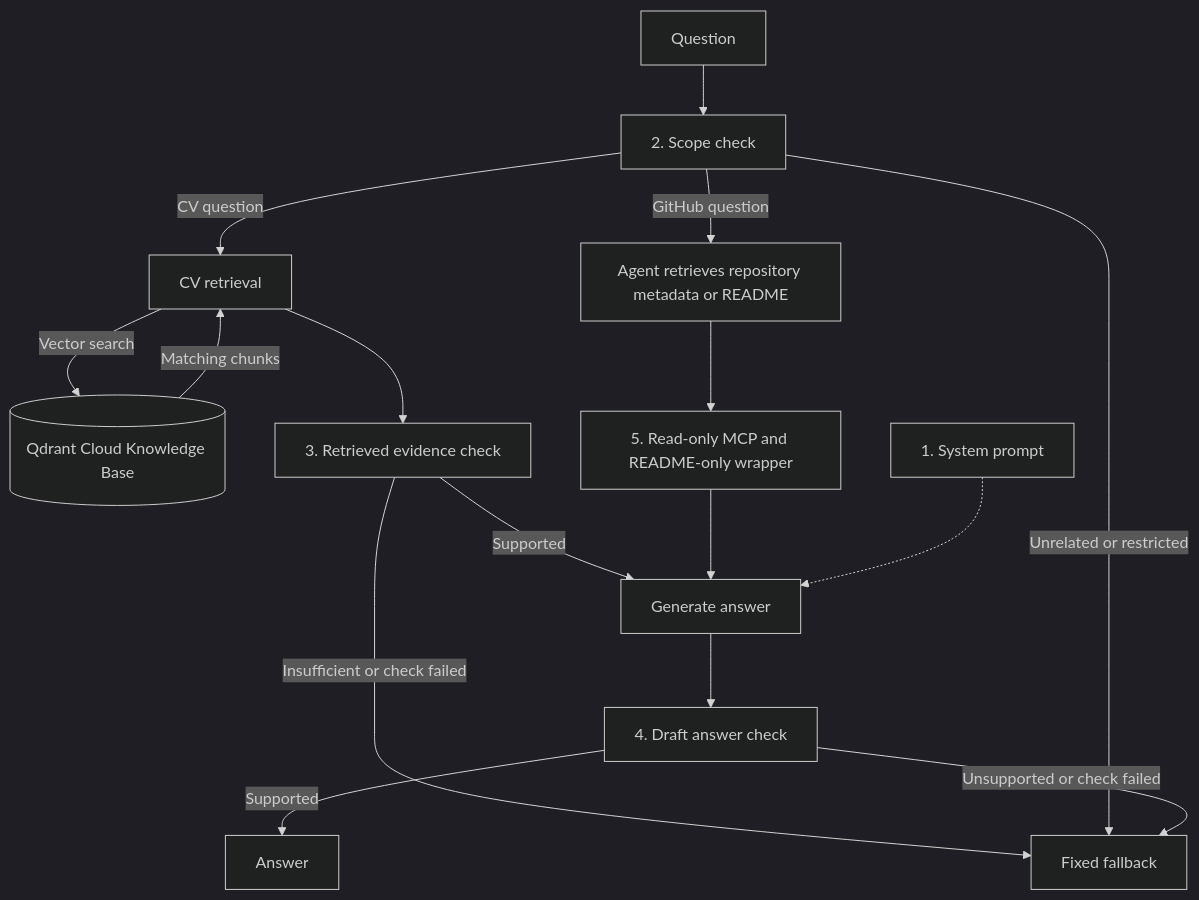
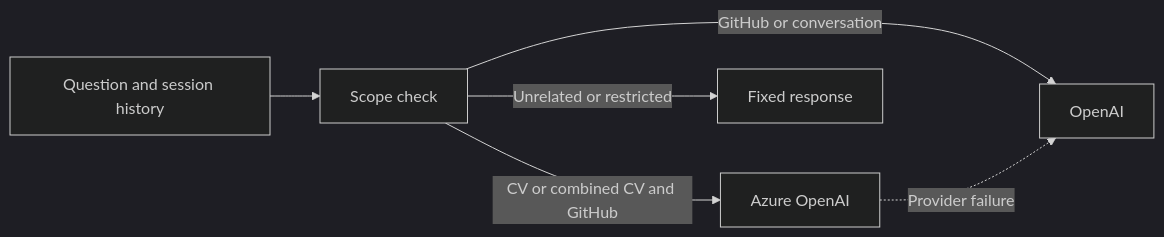
Before and after one commit to ehsantaati/talking-cv-demo: the second of 2 diagrams in README.md, drawn with Mermaid (dark theme). The commit also changed other lines of this file and 9 other files, not shown here.

````diff
--- a/README.md
+++ b/README.md
@@ -138,18 +33,8 @@
 ```mermaid
-flowchart TD
-    Q[Question] --> C[2. Scope check]
-    C -->|CV question| R[CV retrieval]
-    R -->|Vector search| KB[(Qdrant Cloud Knowledge Base)]
-    KB -->|Matching chunks| R
-    R --> E[3. Retrieved evidence check]
-    E -->|Supported| A[Generate answer]
-    E -->|Insufficient or check failed| F[Fixed fallback]
-    C -->|Unrelated or restricted| F[Fixed fallback]
-    C -->|GitHub question| G[Agent retrieves repository metadata or README]
-    G --> T[5. Read-only MCP and README-only wrapper]
-    T --> A
-    P[1. System prompt] -.-> A
-    A --> V[4. Draft answer check]
-    V -->|Supported| O[Answer]
-    V -->|Unsupported or check failed| F
+flowchart LR
+    Q[Question and session history] --> S[Scope check]
+    S -->|CV or combined CV and GitHub| AZ[Azure OpenAI]
+    S -->|GitHub or conversation| OA[OpenAI]
+    S -->|Unrelated or restricted| F[Fixed response]
+    AZ -.->|Provider failure| OA
 ```
````
